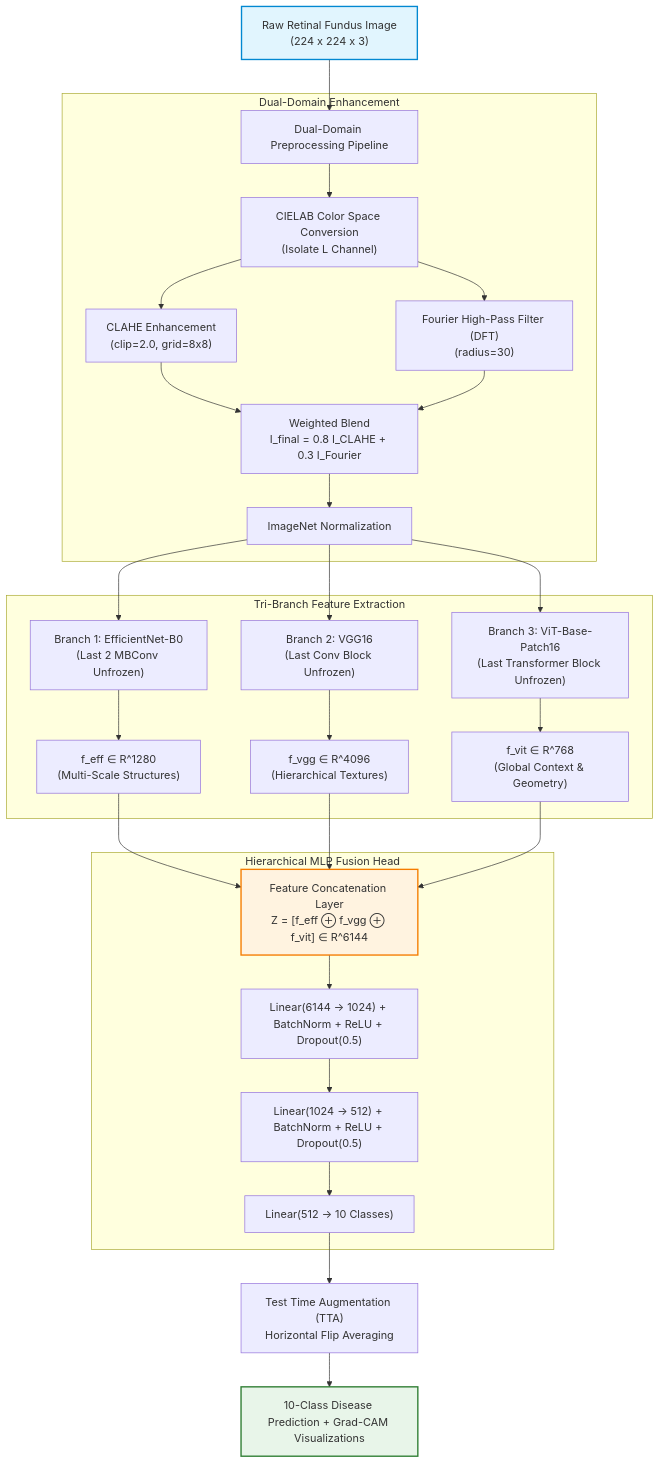
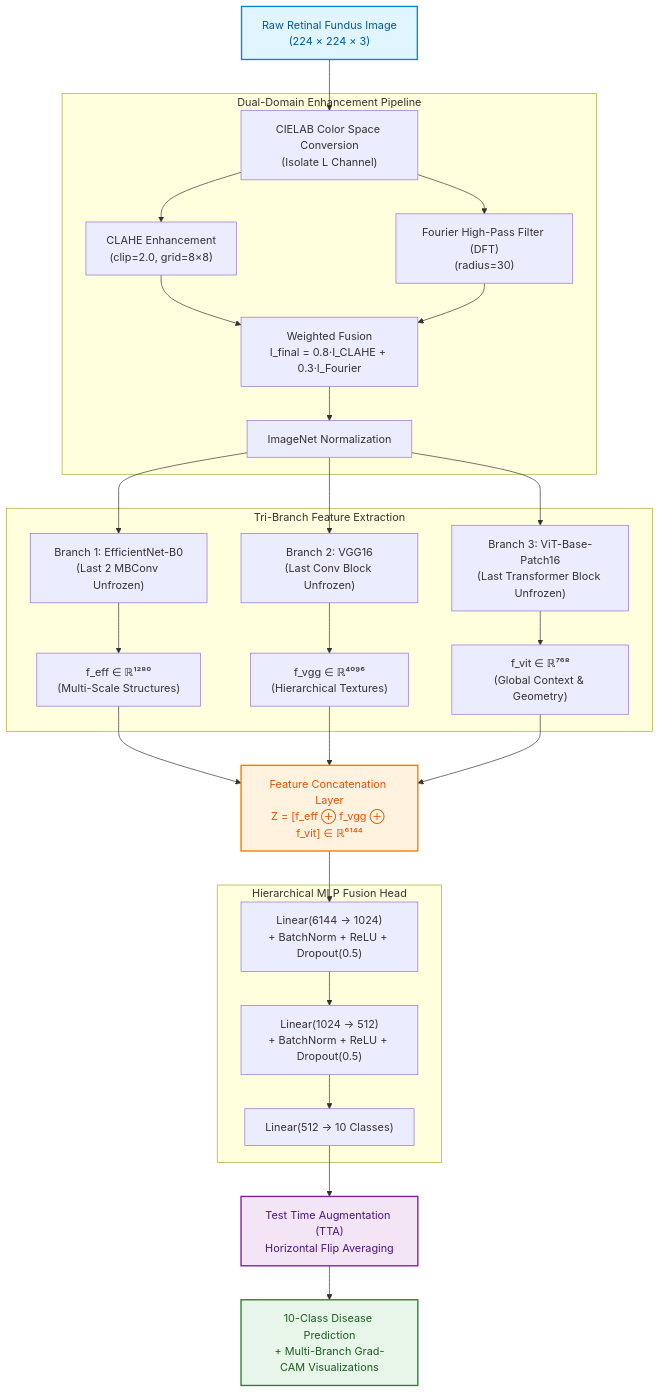
One commit to imran7976/Ophthalmic-Diagnostics changed the diagram in README.md. Above: the diagram before and after it, drawn with Mermaid. The commit also changed other lines of this file, not shown here.

Commit message:
Update README with fixed and enhanced system architecture diagram

````diff
--- a/README.md
+++ b/README.md
@@ -40,37 +40,51 @@
 ```mermaid
 flowchart TD
-    A["Raw Retinal Fundus Image\n(224 x 224 x 3)"] --> B["Dual-Domain Preprocessing Pipeline"]
-    
-    subgraph Preprocessing ["Dual-Domain Enhancement"]
-        B --> B1["CIELAB Color Space Conversion\n(Isolate L Channel)"]
-        B1 --> B2["CLAHE Enhancement\n(clip=2.0, grid=8x8)"]
-        B1 --> B3["Fourier High-Pass Filter (DFT)\n(radius=30)"]
-        B2 & B3 --> B4["Weighted Blend\nI_final = 0.8 I_CLAHE + 0.3 I_Fourier"]
-        B4 --> B5["ImageNet Normalization"]
+    A["Raw Retinal Fundus Image<br/>(224 × 224 × 3)"] --> B1
+
+    subgraph Preprocessing ["Dual-Domain Enhancement Pipeline"]
+        B1["CIELAB Color Space Conversion<br/>(Isolate L Channel)"]
+        B2["CLAHE Enhancement<br/>(clip=2.0, grid=8×8)"]
+        B3["Fourier High-Pass Filter (DFT)<br/>(radius=30)"]
+        B4["Weighted Fusion<br/>I_final = 0.8·I_CLAHE + 0.3·I_Fourier"]
+        B5["ImageNet Normalization"]
+
+        B1 --> B2
+        B1 --> B3
+        B2 --> B4
+        B3 --> B4
+        B4 --> B5
     end
 
-    B5 --> C1["Branch 1: EfficientNet-B0\n(Last 2 MBConv Unfrozen)"]
-    B5 --> C2["Branch 2: VGG16\n(Last Conv Block Unfrozen)"]
-    B5 --> C3["Branch 3: ViT-Base-Patch16\n(Last Transformer Block Unfrozen)"]
+    B5 --> C1
+    B5 --> C2
+    B5 --> C3
 
     subgraph Feature_Extraction ["Tri-Branch Feature Extraction"]
-        C1 --> D1["f_eff ∈ R^1280\n(Multi-Scale Structures)"]
-        C2 --> D2["f_vgg ∈ R^4096\n(Hierarchical Textures)"]
-        C3 --> D3["f_vit ∈ R^768\n(Global Context & Geometry)"]
+        C1["Branch 1: EfficientNet-B0<br/>(Last 2 MBConv Unfrozen)"] --> D1["f_eff ∈ ℝ¹²⁸⁰<br/>(Multi-Scale Structures)"]
+        C2["Branch 2: VGG16<br/>(Last Conv Block Unfrozen)"] --> D2["f_vgg ∈ ℝ⁴⁰⁹⁶<br/>(Hierarchical Textures)"]
+        C3["Branch 3: ViT-Base-Patch16<br/>(Last Transformer Block Unfrozen)"] --> D3["f_vit ∈ ℝ⁷⁶⁸<br/>(Global Context & Geometry)"]
     end
 
-    D1 & D2 & D3 --> E["Feature Concatenation Layer\nZ = [f_eff ⊕ f_vgg ⊕ f_vit] ∈ R^6144"]
+    D1 --> E
+    D2 --> E
+    D3 --> E
+
+    E["Feature Concatenation Layer<br/>Z = [f_eff ⊕ f_vgg ⊕ f_vit] ∈ ℝ⁶¹⁴⁴"]
 
     subgraph Fusion_Head ["Hierarchical MLP Fusion Head"]
-        E --> F1["Linear(6144 -> 1024) + BatchNorm + ReLU + Dropout(0.5)"]
-        F1 --> F2["Linear(1024 -> 512) + BatchNorm + ReLU + Dropout(0.5)"]
-        F2 --> F3["Linear(512 -> 10 Classes)"]
+        F1["Linear(6144 → 1024)<br/>+ BatchNorm + ReLU + Dropout(0.5)"]
+        F2["Linear(1024 → 512)<br/>+ BatchNorm + ReLU + Dropout(0.5)"]
+        F3["Linear(512 → 10 Classes)"]
+        F1 --> F2
+        F2 --> F3
     end
 
-    F3 --> G["Test Time Augmentation (TTA)\nHorizontal Flip Averaging"]
-    G --> H["10-Class Disease Prediction + Grad-CAM Visualizations"]
+    E --> F1
+    F3 --> G["Test Time Augmentation (TTA)<br/>Horizontal Flip Averaging"]
+    G --> H["10-Class Disease Prediction<br/>+ Multi-Branch Grad-CAM Visualizations"]
 
-    style A fill:#e1f5fe,stroke:#0288d1,stroke-width:2px
-    style H fill:#e8f5e9,stroke:#2e7d32,stroke-width:2px
-    style E fill:#fff3e0,stroke:#f57c00,stroke-width:2px
+    style A fill:#e1f5fe,stroke:#0288d1,stroke-width:2px,color:#01579b
+    style E fill:#fff3e0,stroke:#f57c00,stroke-width:2px,color:#e65100
+    style H fill:#e8f5e9,stroke:#2e7d32,stroke-width:2px,color:#1b5e20
+    style G fill:#f3e5f5,stroke:#7b1fa2,stroke-width:2px,color:#4a148c
 ```
````
